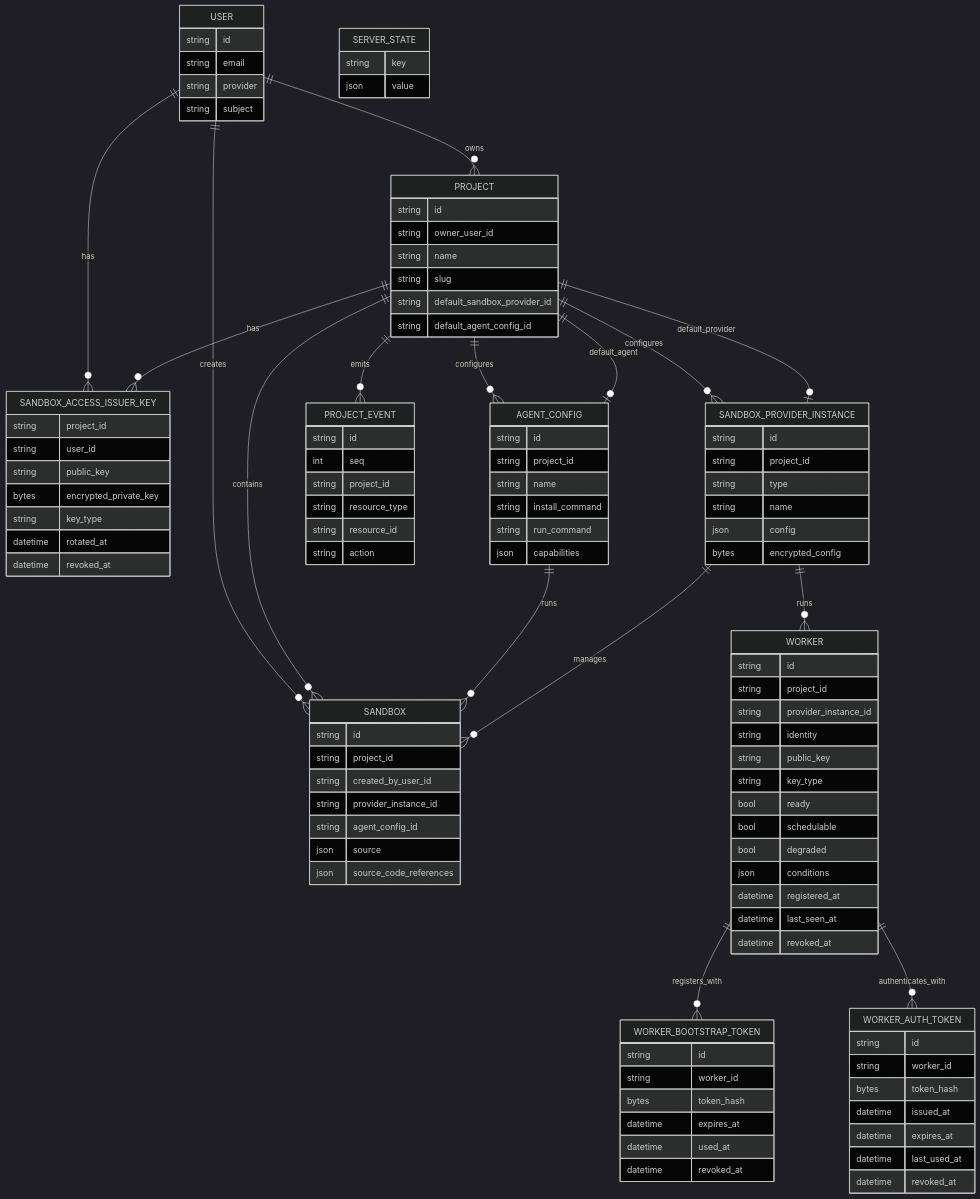
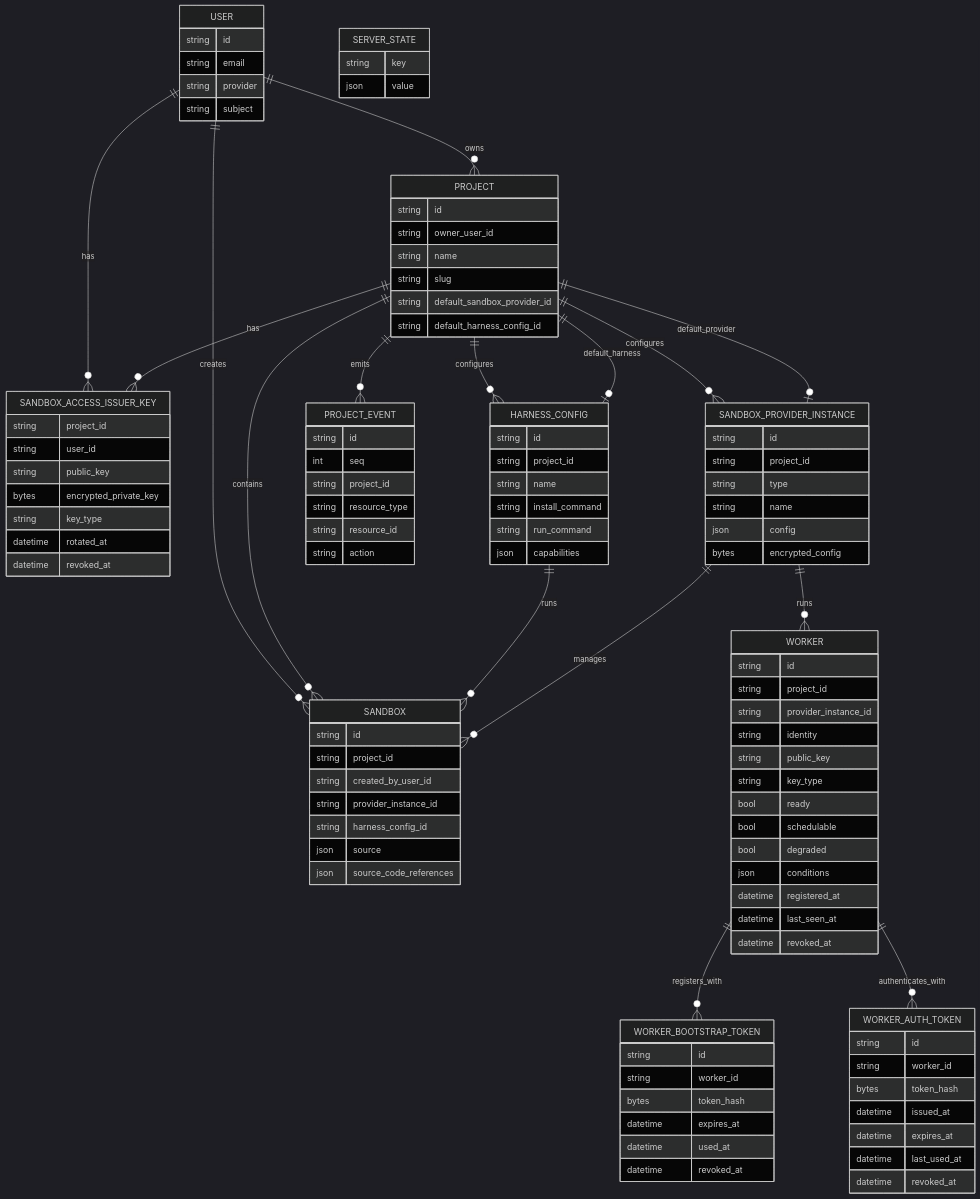
One commit to discobox-ai/discobox changed the diagram in server/internal/model/DESIGN.md. Above: the diagram before and after it, drawn with Mermaid (dark theme). The commit also changed other lines of this file and 162 other files, not shown here.

First line of the commit message:
refactor: rename agent to harness for coding-CLI configuration

```diff
--- a/server/internal/model/DESIGN.md
+++ b/server/internal/model/DESIGN.md
@@ -81,13 +81,13 @@
 
     PROJECT ||--o{ SANDBOX : contains
     PROJECT ||--o{ SANDBOX_PROVIDER_INSTANCE : configures
-    PROJECT ||--o{ AGENT_CONFIG : configures
+    PROJECT ||--o{ HARNESS_CONFIG : configures
     PROJECT ||--o{ PROJECT_EVENT : emits
     PROJECT ||--o{ SANDBOX_ACCESS_ISSUER_KEY : has
     PROJECT ||--o| SANDBOX_PROVIDER_INSTANCE : default_provider
-    PROJECT ||--o| AGENT_CONFIG : default_agent
+    PROJECT ||--o| HARNESS_CONFIG : default_harness
 
-    AGENT_CONFIG ||--o{ SANDBOX : runs
+    HARNESS_CONFIG ||--o{ SANDBOX : runs
     SANDBOX_PROVIDER_INSTANCE ||--o{ SANDBOX : manages
     SANDBOX_PROVIDER_INSTANCE ||--o{ WORKER : runs
     WORKER ||--o{ WORKER_BOOTSTRAP_TOKEN : registers_with
@@ -106,7 +106,7 @@
         string name
         string slug
         string default_sandbox_provider_id
-        string default_agent_config_id
+        string default_harness_config_id
     }
 
     SERVER_STATE {
@@ -119,12 +119,12 @@
         string project_id
         string created_by_user_id
         string provider_instance_id
-        string agent_config_id
+        string harness_config_id
         json source
         json source_code_references
     }
 
-    AGENT_CONFIG {
+    HARNESS_CONFIG {
         string id
         string project_id
         string name
```
